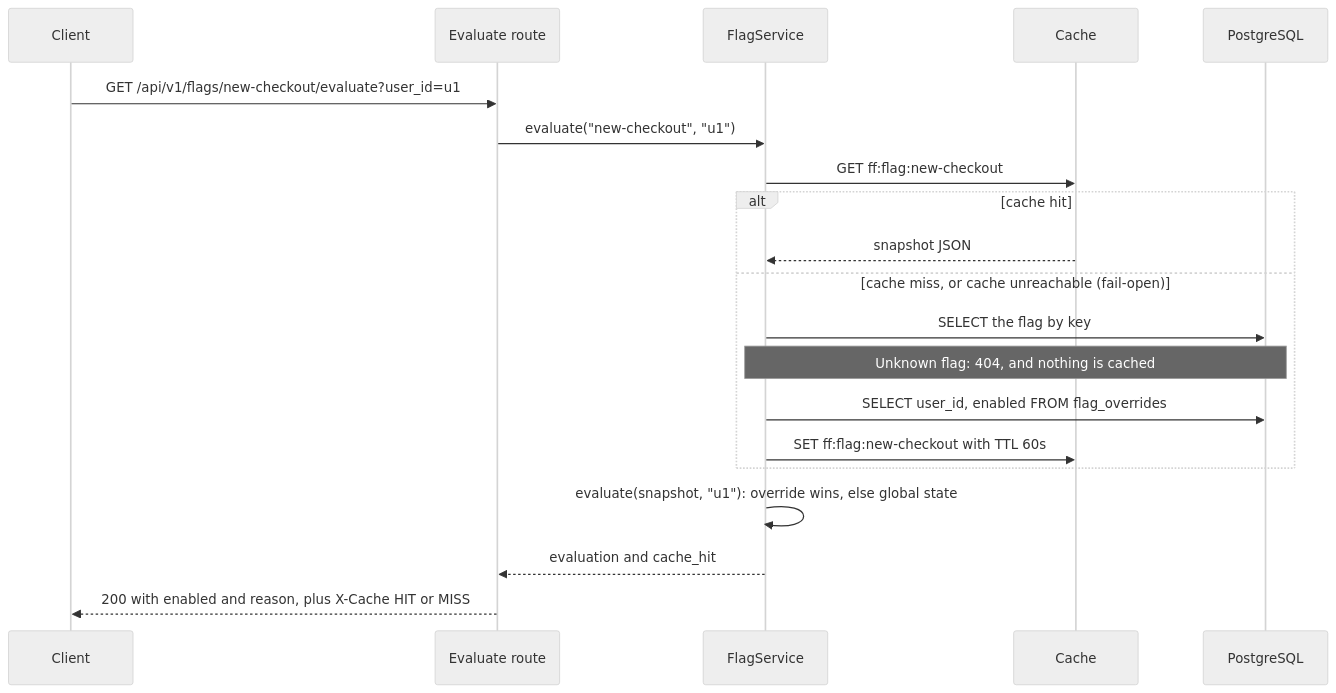
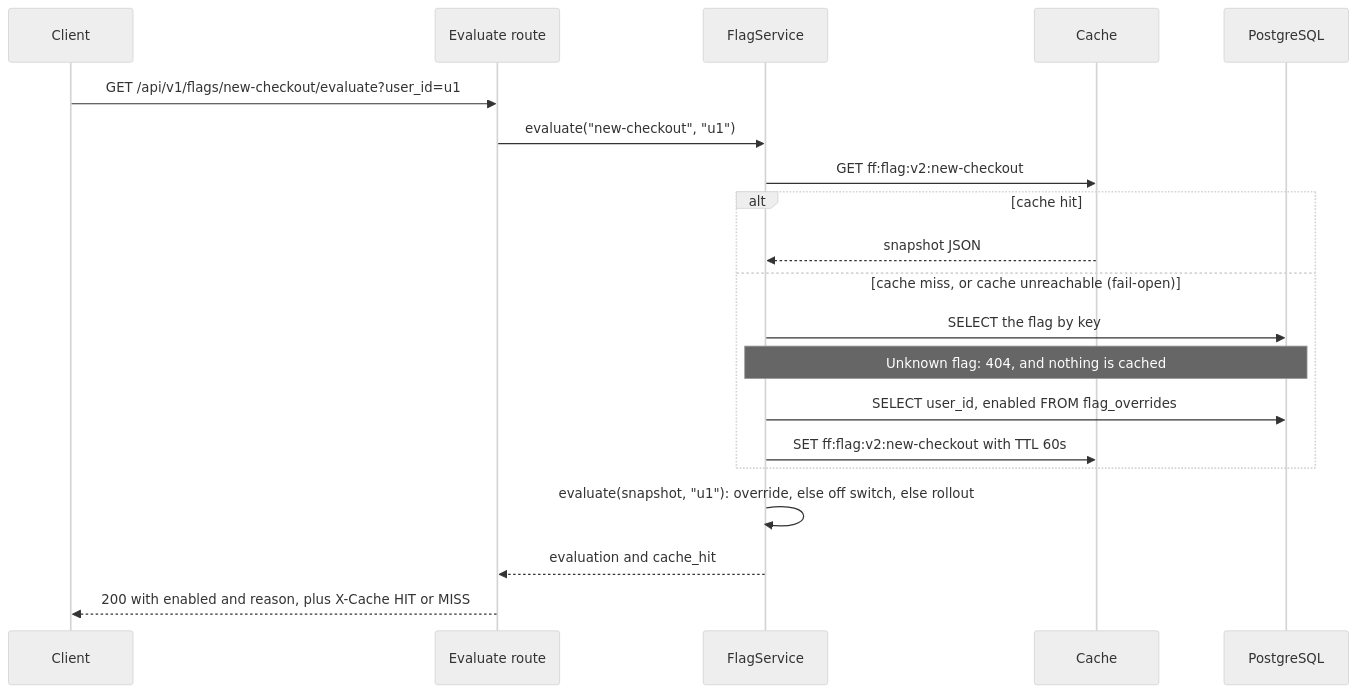
Before and after one commit to abdella2066/DO-interview: the third of 4 diagrams in docs/architecture.md, drawn with Mermaid (neutral theme). The commit also changed other lines of this file and 14 other files, not shown here.

````diff
--- a/docs/architecture.md
+++ b/docs/architecture.md
@@ -58,22 +58,22 @@
 ```mermaid
 sequenceDiagram
     participant C as Client
     participant A as Evaluate route
     participant S as FlagService
     participant K as Cache
     participant D as PostgreSQL
     C->>A: GET /api/v1/flags/new-checkout/evaluate?user_id=u1
     A->>S: evaluate("new-checkout", "u1")
-    S->>K: GET ff:flag:new-checkout
+    S->>K: GET ff:flag:v2:new-checkout
     alt cache hit
         K-->>S: snapshot JSON
     else cache miss, or cache unreachable (fail-open)
         S->>D: SELECT the flag by key
         Note over S,D: Unknown flag: 404, and nothing is cached
         S->>D: SELECT user_id, enabled FROM flag_overrides
-        S->>K: SET ff:flag:new-checkout with TTL 60s
+        S->>K: SET ff:flag:v2:new-checkout with TTL 60s
     end
-    S->>S: evaluate(snapshot, "u1"): override wins, else global state
+    S->>S: evaluate(snapshot, "u1"): override, else off switch, else rollout
     S-->>A: evaluation and cache_hit
     A-->>C: 200 with enabled and reason, plus X-Cache HIT or MISS
 ```
````
